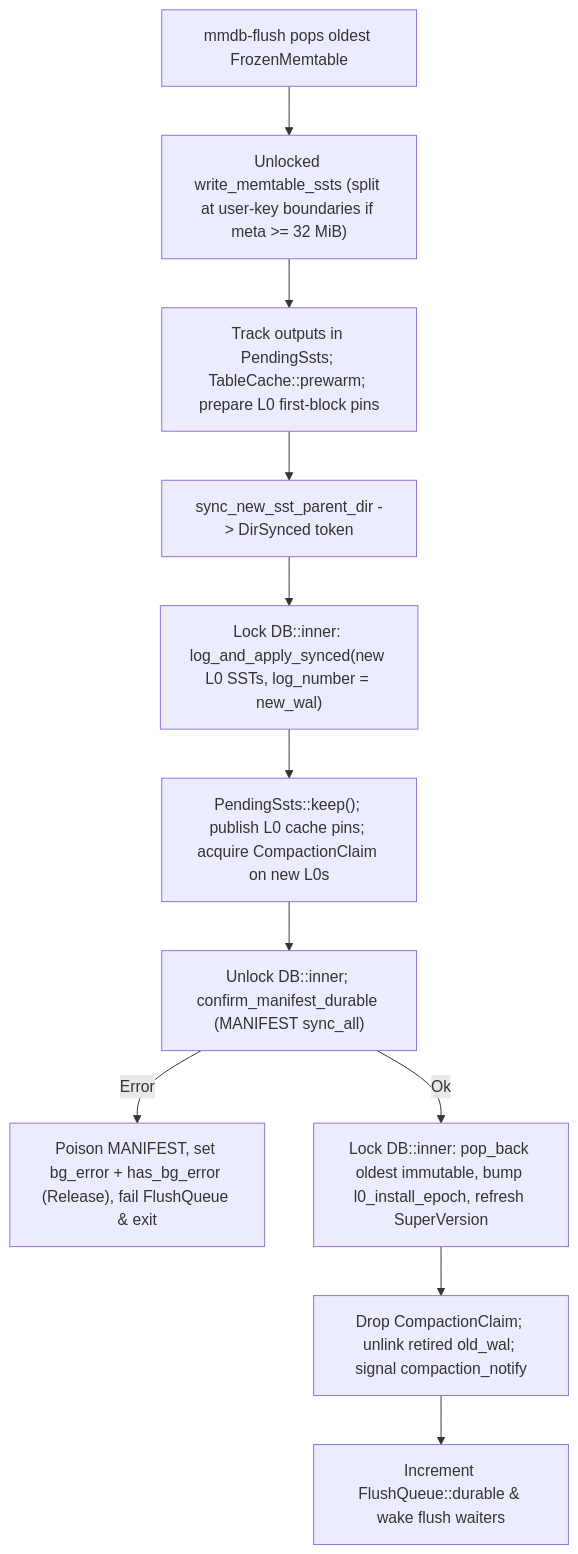
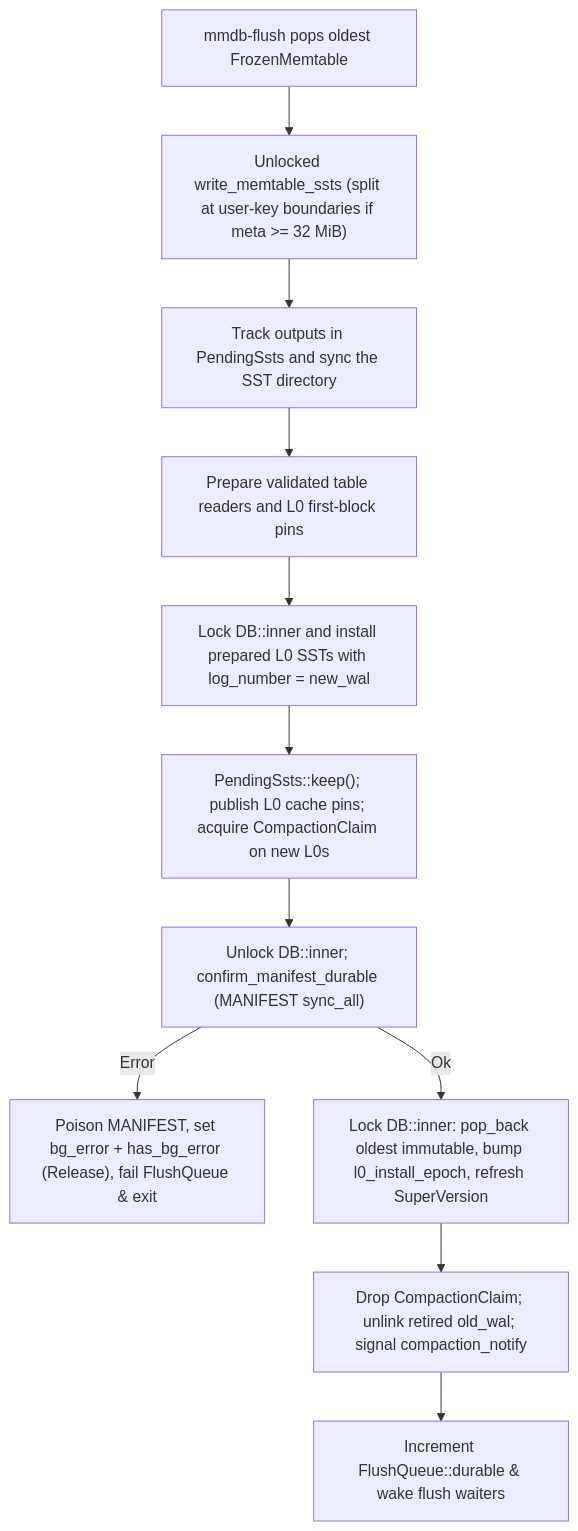
The third of 9 diagrams in docs/architecture.md (rust-util-collections/mmdb), drawn with Mermaid before and after one commit. The commit also changed other lines of this file and 7 other files, not shown here.

First line of the commit message:
fix(manifest): carry validated SST readers through installation

````diff
--- a/docs/architecture.md
+++ b/docs/architecture.md
@@ -238,13 +238,13 @@
 ```mermaid
 flowchart TD
     F1["mmdb-flush pops oldest FrozenMemtable"] --> F2["Unlocked write_memtable_ssts (split at user-key boundaries if meta >= 32 MiB)"]
-    F2 --> F3["Track outputs in PendingSsts; TableCache::prewarm; prepare L0 first-block pins"]
-    F3 --> F4["sync_new_sst_parent_dir -> DirSynced token"]
-    F4 --> F5["Lock DB::inner: log_and_apply_synced(new L0 SSTs, log_number = new_wal)"]
+    F2 --> F3["Track outputs in PendingSsts and sync the SST directory"]
+    F3 --> F4["Prepare validated table readers and L0 first-block pins"]
+    F4 --> F5["Lock DB::inner and install prepared L0 SSTs with log_number = new_wal"]
     F5 --> F6["PendingSsts::keep(); publish L0 cache pins; acquire CompactionClaim on new L0s"]
     F6 --> F7["Unlock DB::inner; confirm_manifest_durable (MANIFEST sync_all)"]
     F7 -- "Error" --> FFAIL["Poison MANIFEST, set bg_error + has_bg_error (Release), fail FlushQueue & exit"]
     F7 -- "Ok" --> F8["Lock DB::inner: pop_back oldest immutable, bump l0_install_epoch, refresh SuperVersion"]
     F8 --> F9["Drop CompactionClaim; unlink retired old_wal; signal compaction_notify"]
     F9 --> F10["Increment FlushQueue::durable & wake flush waiters"]
 ```
````
